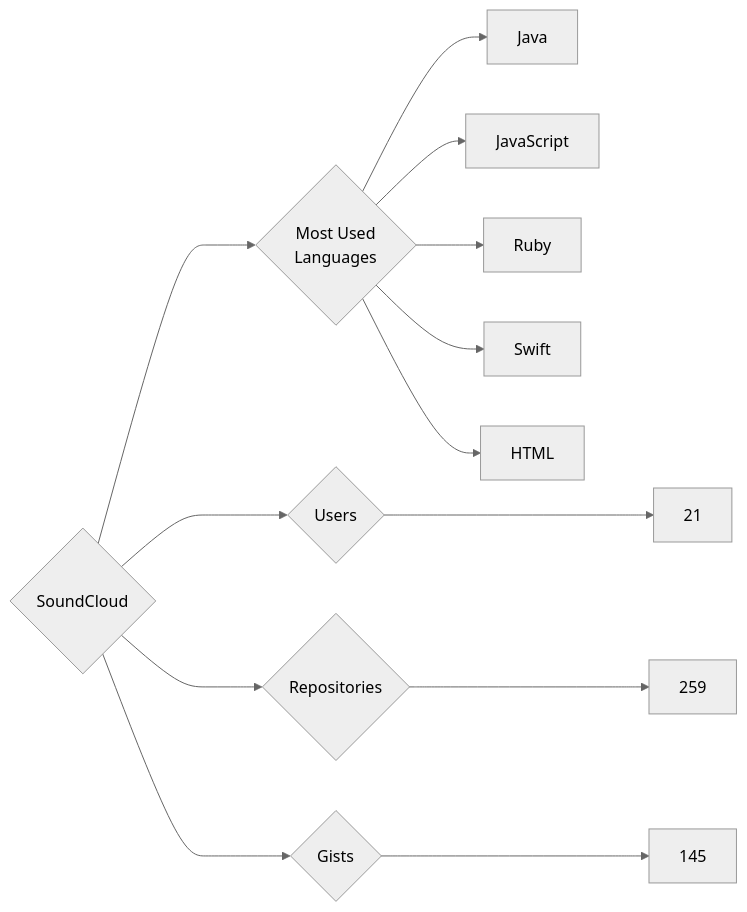
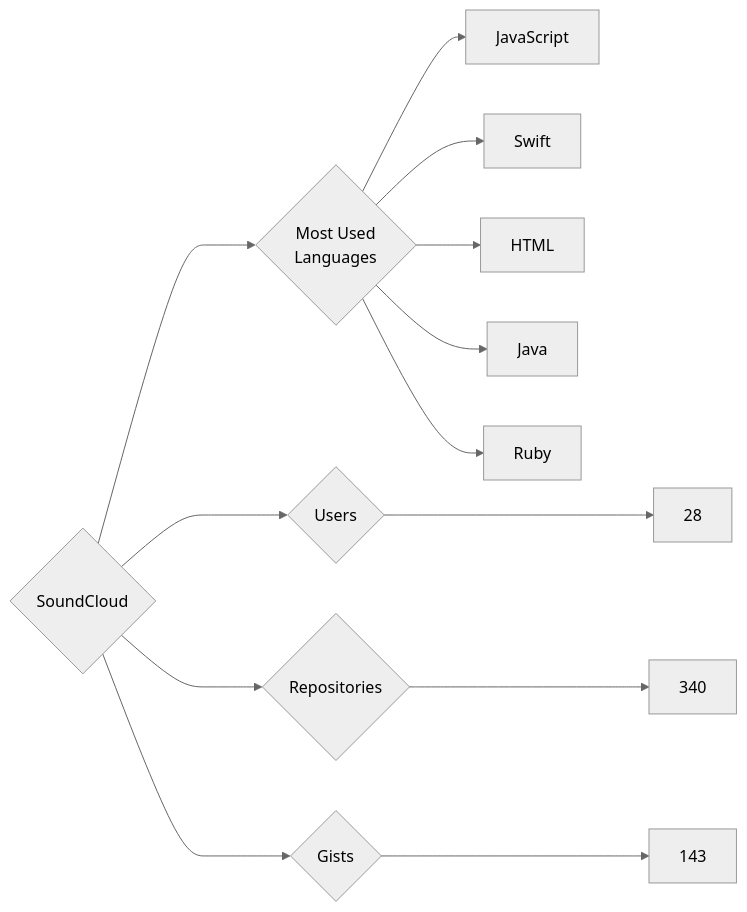
The diagram in targets/SoundCloud/README.md (trickest/insiders), drawn with Mermaid (neutral theme) before and after one commit. The commit also changed 976 other files, not shown here.

````diff
--- a/targets/SoundCloud/README.md
+++ b/targets/SoundCloud/README.md
@@ -3,13 +3,13 @@
 ```mermaid
 graph LR
 COMPANY_NAME{SoundCloud}
-COMPANY_NAME ---> U{Users} ---> UN[21]
-COMPANY_NAME ---> R{Repositories} ---> RN[259]
-COMPANY_NAME ---> G{Gists} ---> GN[145]
+COMPANY_NAME ---> U{Users} ---> UN[28]
+COMPANY_NAME ---> R{Repositories} ---> RN[340]
+COMPANY_NAME ---> G{Gists} ---> GN[143]
 COMPANY_NAME ---> ML{Most Used<br>Languages}
-ML --> Java[Java]
 ML --> JavaScript[JavaScript]
-ML --> Ruby[Ruby]
 ML --> Swift[Swift]
 ML --> HTML[HTML]
+ML --> Java[Java]
+ML --> Ruby[Ruby]
 ```
````
